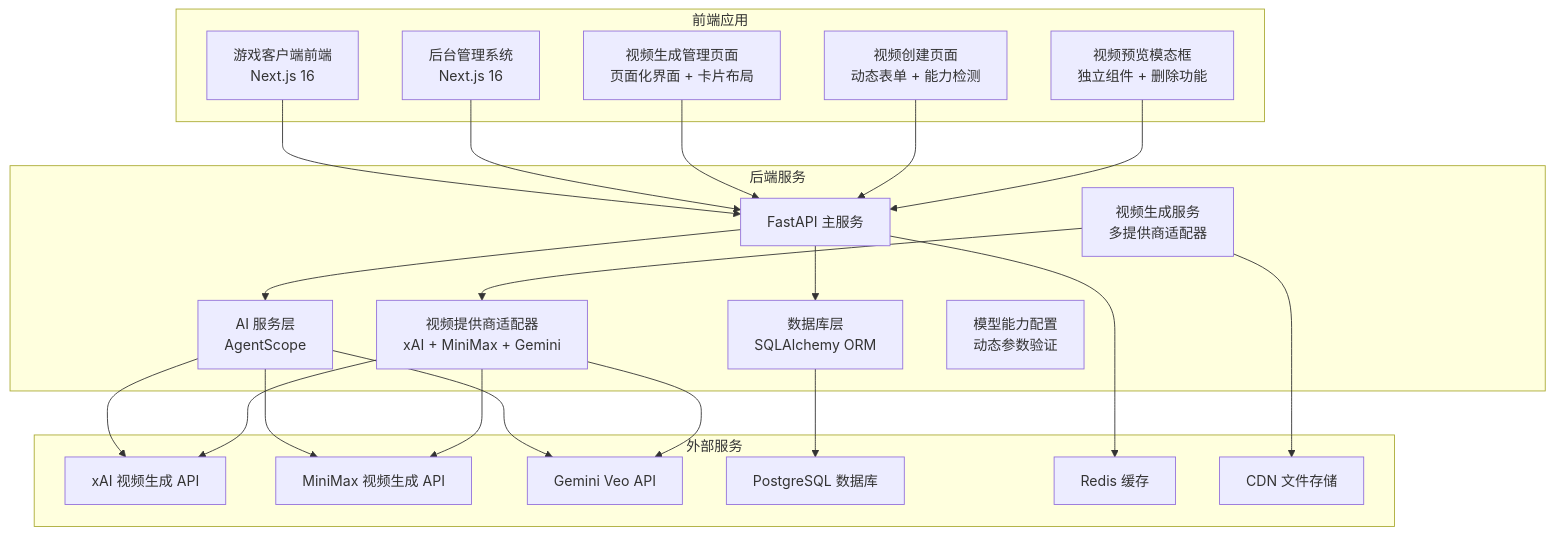
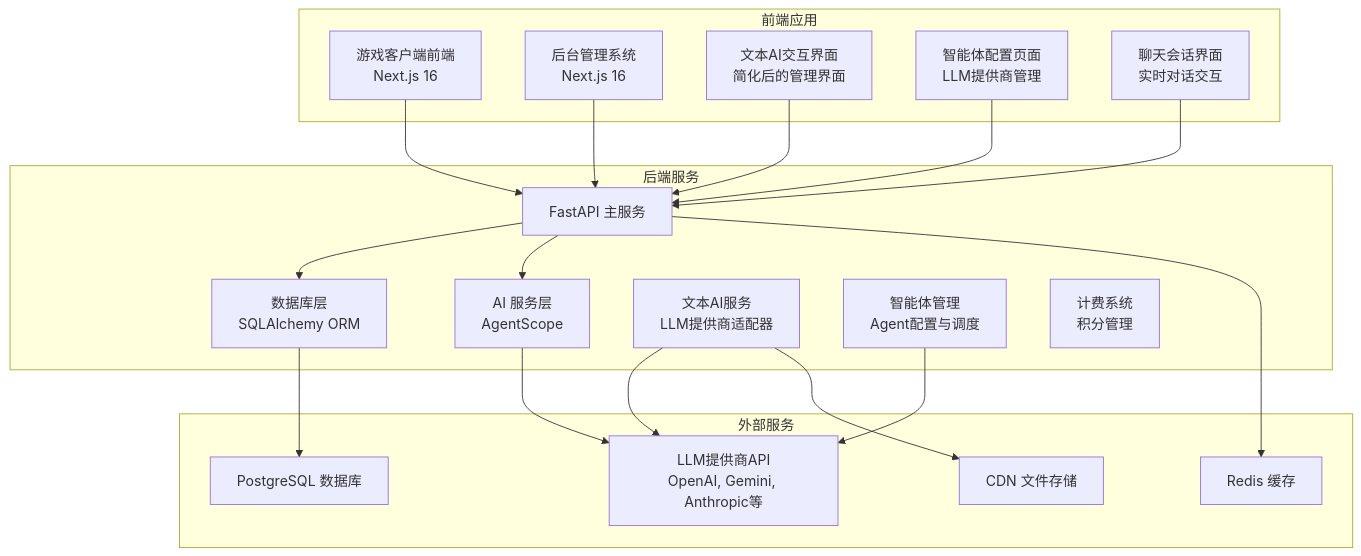
Before and after one commit to KunLabAI/KunFlix: the first of 10 diagrams in .qoder/repowiki/zh/content/后端开发指南/视频生成系统.md, drawn with Mermaid. The commit also changed other lines of this file and 43 other files, not shown here.

````diff
--- a/.qoder/repowiki/zh/content/后端开发指南/视频生成系统.md
+++ b/.qoder/repowiki/zh/content/后端开发指南/视频生成系统.md
@@ -80,43 +77,37 @@
 ```mermaid
 graph TB
 subgraph "前端应用"
 FE1[游戏客户端前端<br/>Next.js 16]
 FE2[后台管理系统<br/>Next.js 16]
-FE3[视频生成管理页面<br/>页面化界面 + 卡片布局]
-FE4[视频创建页面<br/>动态表单 + 能力检测]
-FE5[视频预览模态框<br/>独立组件 + 删除功能]
+FE3[文本AI交互界面<br/>简化后的管理界面]
+FE4[智能体配置页面<br/>LLM提供商管理]
+FE5[聊天会话界面<br/>实时对话交互]
 end
 subgraph "后端服务"
 BE1[FastAPI 主服务]
 BE2[数据库层<br/>SQLAlchemy ORM]
 BE3[AI 服务层<br/>AgentScope]
-BE4[视频生成服务<br/>多提供商适配器]
-BE5[视频提供商适配器<br/>xAI + MiniMax + Gemini]
-BE6[模型能力配置<br/>动态参数验证]
+BE4[文本AI服务<br/>LLM提供商适配器]
+BE5[智能体管理<br/>Agent配置与调度]
+BE6[计费系统<br/>积分管理]
 end
 subgraph "外部服务"
-ES1[xAI 视频生成 API]
-ES2[MiniMax 视频生成 API]
-ES3[Gemini Veo API]
-ES4[PostgreSQL 数据库]
-ES5[Redis 缓存]
-ES6[CDN 文件存储]
+ES1[LLM提供商API<br/>OpenAI, Gemini, Anthropic等]
+ES2[PostgreSQL 数据库]
+ES3[Redis 缓存]
+ES4[CDN 文件存储]
 end
 FE1 --> BE1
 FE2 --> BE1
 FE3 --> BE1
 FE4 --> BE1
 FE5 --> BE1
 BE1 --> BE2
 BE1 --> BE3
 BE3 --> ES1
-BE3 --> ES2
-BE3 --> ES3
-BE4 --> BE5
+BE4 --> ES1
 BE5 --> ES1
-BE5 --> ES2
-BE5 --> ES3
-BE2 --> ES4
-BE1 --> ES5
-BE4 --> ES6
+BE2 --> ES2
+BE1 --> ES3
+BE4 --> ES4
 ```
````
